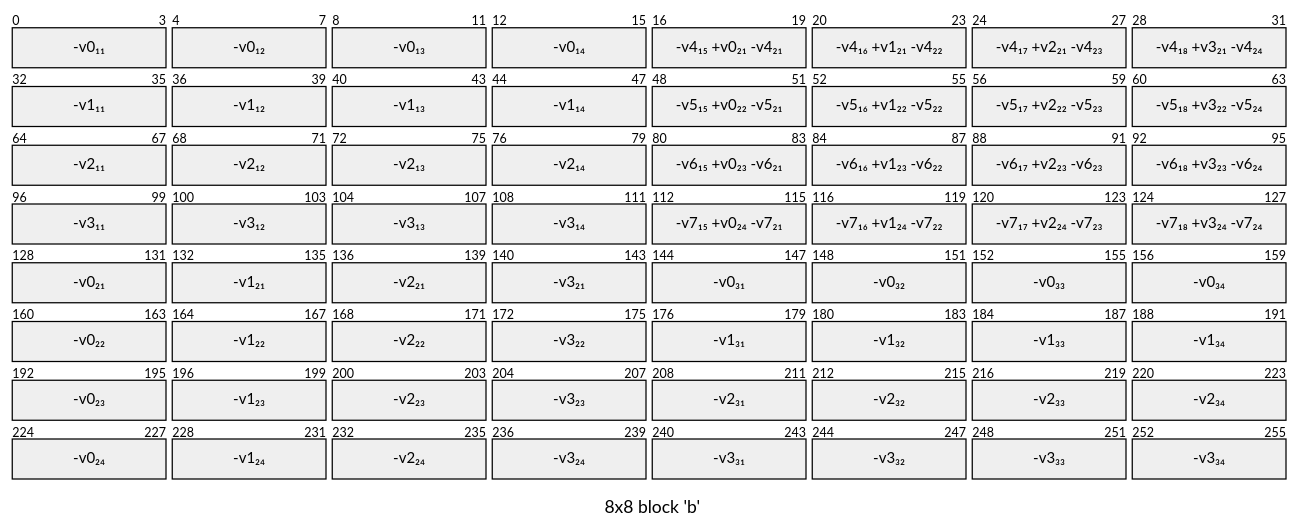
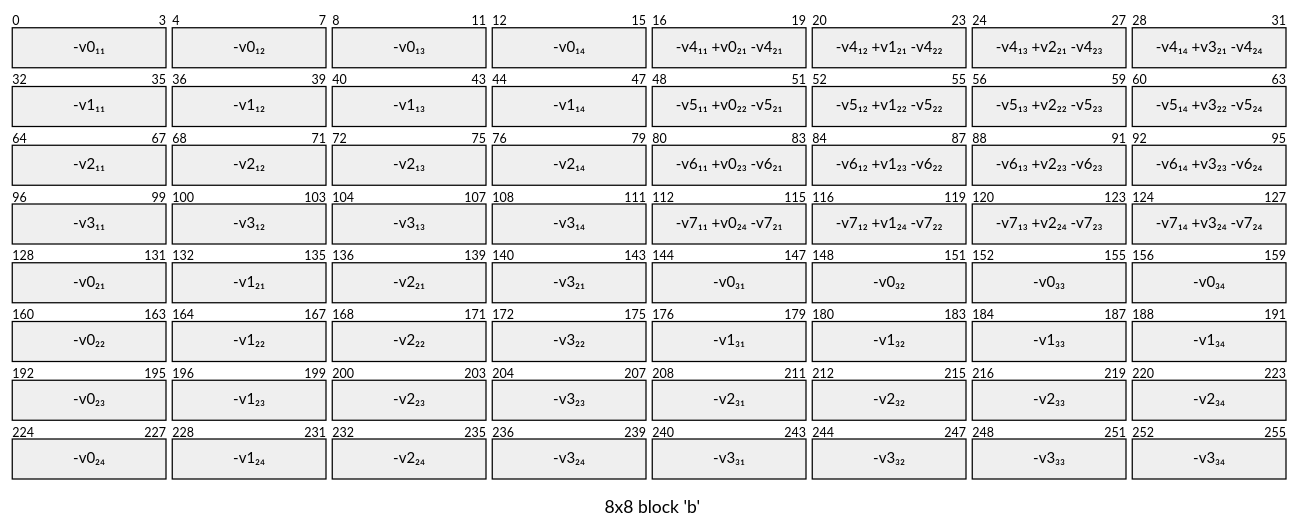
One commit to hanmyeonglee/cs211 changed the seventh of 7 diagrams in Cache Lab/workspace/20240614.md. Above: the diagram before and after it, drawn with Mermaid. The commit also changed other lines of this file, not shown here.

Commit message:
Fix: notation error

````diff
--- a/Cache Lab/workspace/20240614.md
+++ b/Cache Lab/workspace/20240614.md
@@ -476,70 +478,70 @@
 ```mermaid
 ---
 title: "8x8 block 'b'"
 ---
 packet
   +4: "-v0₁₁"
   +4: "-v0₁₂"
   +4: "-v0₁₃"
   +4: "-v0₁₄"
-  +4: "-v4₁₅ +v0₂₁ -v4₂₁"
-  +4: "-v4₁₆ +v1₂₁ -v4₂₂"
-  +4: "-v4₁₇ +v2₂₁ -v4₂₃"
-  +4: "-v4₁₈ +v3₂₁ -v4₂₄"
+  +4: "-v4₁₁ +v0₂₁ -v4₂₁"
+  +4: "-v4₁₂ +v1₂₁ -v4₂₂"
+  +4: "-v4₁₃ +v2₂₁ -v4₂₃"
+  +4: "-v4₁₄ +v3₂₁ -v4₂₄"
   +4: "-v1₁₁"
   +4: "-v1₁₂"
   +4: "-v1₁₃"
   +4: "-v1₁₄"
-  +4: "-v5₁₅ +v0₂₂ -v5₂₁"
-  +4: "-v5₁₆ +v1₂₂ -v5₂₂"
-  +4: "-v5₁₇ +v2₂₂ -v5₂₃"
-  +4: "-v5₁₈ +v3₂₂ -v5₂₄"
+  +4: "-v5₁₁ +v0₂₂ -v5₂₁"
+  +4: "-v5₁₂ +v1₂₂ -v5₂₂"
+  +4: "-v5₁₃ +v2₂₂ -v5₂₃"
+  +4: "-v5₁₄ +v3₂₂ -v5₂₄"
   +4: "-v2₁₁"
   +4: "-v2₁₂"
   +4: "-v2₁₃"
   +4: "-v2₁₄"
-  +4: "-v6₁₅ +v0₂₃ -v6₂₁"
-  +4: "-v6₁₆ +v1₂₃ -v6₂₂"
-  +4: "-v6₁₇ +v2₂₃ -v6₂₃"
-  +4: "-v6₁₈ +v3₂₃ -v6₂₄"
+  +4: "-v6₁₁ +v0₂₃ -v6₂₁"
+  +4: "-v6₁₂ +v1₂₃ -v6₂₂"
+  +4: "-v6₁₃ +v2₂₃ -v6₂₃"
+  +4: "-v6₁₄ +v3₂₃ -v6₂₄"
   +4: "-v3₁₁"
   +4: "-v3₁₂"
   +4: "-v3₁₃"
   +4: "-v3₁₄"
-  +4: "-v7₁₅ +v0₂₄ -v7₂₁"
-  +4: "-v7₁₆ +v1₂₄ -v7₂₂"
-  +4: "-v7₁₇ +v2₂₄ -v7₂₃"
-  +4: "-v7₁₈ +v3₂₄ -v7₂₄"
+  +4: "-v7₁₁ +v0₂₄ -v7₂₁"
+  +4: "-v7₁₂ +v1₂₄ -v7₂₂"
+  +4: "-v7₁₃ +v2₂₄ -v7₂₃"
+  +4: "-v7₁₄ +v3₂₄ -v7₂₄"
   +4: "-v0₂₁"
   +4: "-v1₂₁"
   +4: "-v2₂₁"
   +4: "-v3₂₁"
   +4: "-v0₃₁"
   +4: "-v0₃₂"
   +4: "-v0₃₃"
   +4: "-v0₃₄"
   +4: "-v0₂₂"
   +4: "-v1₂₂"
   +4: "-v2₂₂"
   +4: "-v3₂₂"
   +4: "-v1₃₁"
   +4: "-v1₃₂"
   +4: "-v1₃₃"
   +4: "-v1₃₄"
   +4: "-v0₂₃"
   +4: "-v1₂₃"
   +4: "-v2₂₃"
   +4: "-v3₂₃"
   +4: "-v2₃₁"
   +4: "-v2₃₂"
   +4: "-v2₃₃"
   +4: "-v2₃₄"
   +4: "-v0₂₄"
   +4: "-v1₂₄"
   +4: "-v2₂₄"
   +4: "-v3₂₄"
   +4: "-v3₃₁"
   +4: "-v3₃₂"
   +4: "-v3₃₃"
   +4: "-v3₃₄"
 ```
````
